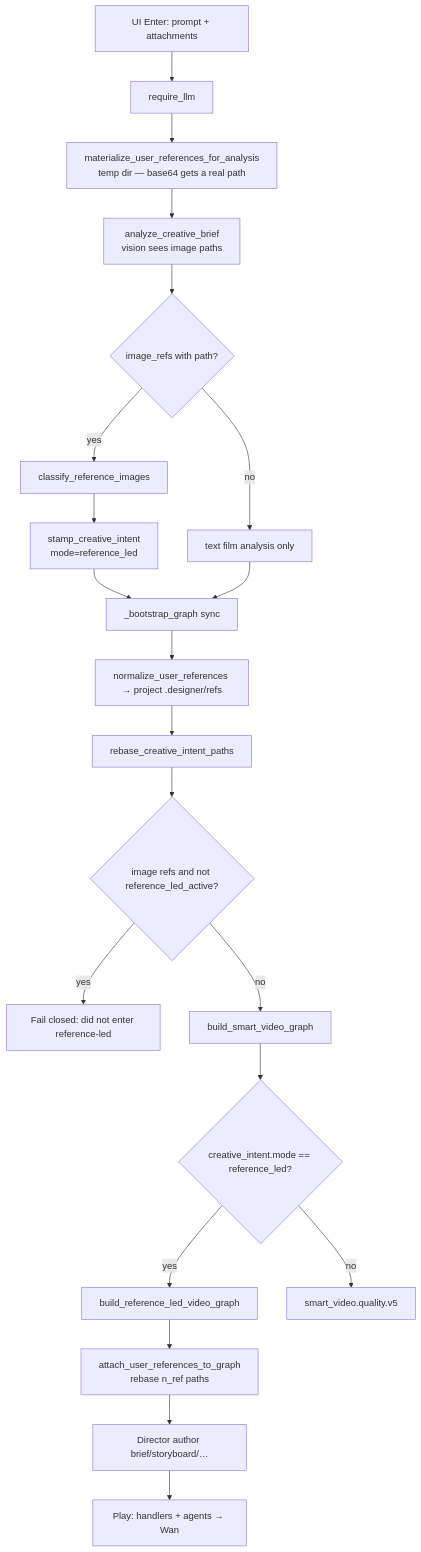
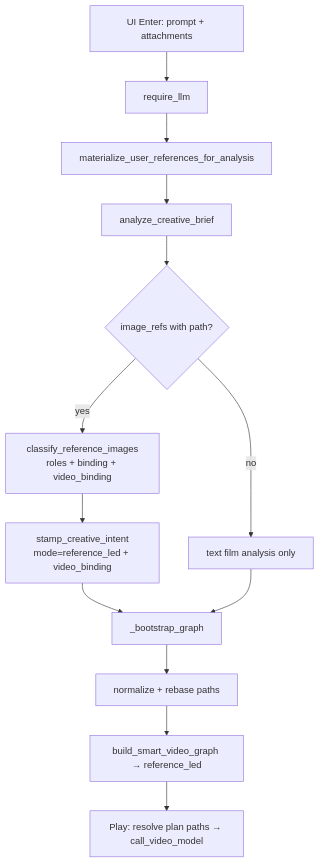
The first of 2 diagrams in docs/reference-mode/reference-mode-full-pipeline.md (openJiuwen-ai/agent-gateway), drawn with Mermaid before and after one commit. The commit also changed other lines of this file and 5 other files, not shown here.

First line of the commit message:
fix(designer): video_binding drives R2V; pack all refs under Wan cap

````diff
--- a/docs/reference-mode/reference-mode-full-pipeline.md
+++ b/docs/reference-mode/reference-mode-full-pipeline.md
@@ -40,23 +42,15 @@
 ```mermaid
 flowchart TD
   A[UI Enter: prompt + attachments] --> B[require_llm]
-  B --> C[materialize_user_references_for_analysis<br/>temp dir — base64 gets a real path]
-  C --> D[analyze_creative_brief<br/>vision sees image paths]
+  B --> C[materialize_user_references_for_analysis]
+  C --> D[analyze_creative_brief]
   D --> E{image_refs with path?}
-  E -->|yes| F[classify_reference_images]
-  F --> G[stamp_creative_intent<br/>mode=reference_led]
+  E -->|yes| F[classify_reference_images<br/>roles + binding + video_binding]
+  F --> G[stamp_creative_intent<br/>mode=reference_led + video_binding]
   E -->|no| H[text film analysis only]
-  G --> I[_bootstrap_graph sync]
+  G --> I[_bootstrap_graph]
   H --> I
-  I --> J[normalize_user_references → project .designer/refs]
-  J --> K[rebase_creative_intent_paths]
-  K --> L{image refs and not reference_led_active?}
-  L -->|yes| FAIL[Fail closed: did not enter reference-led]
-  L -->|no| M[build_smart_video_graph]
-  M --> N{creative_intent.mode == reference_led?}
-  N -->|yes| O[build_reference_led_video_graph]
-  N -->|no| P[smart_video.quality.v5]
-  O --> Q[attach_user_references_to_graph<br/>rebase n_ref paths]
-  Q --> R[Director author brief/storyboard/…]
-  R --> S[Play: handlers + agents → Wan]
+  I --> J[normalize + rebase paths]
+  J --> K[build_smart_video_graph → reference_led]
+  K --> L[Play: resolve plan paths → call_video_model]
 ```
````
